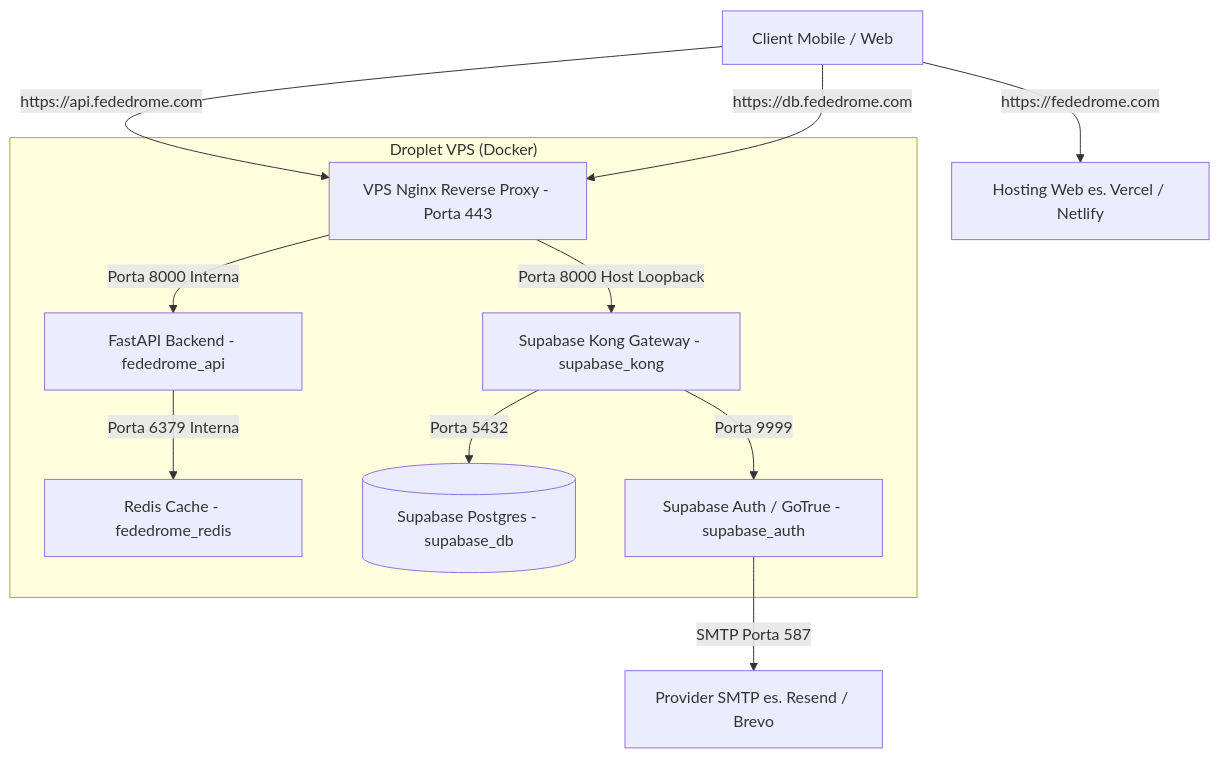
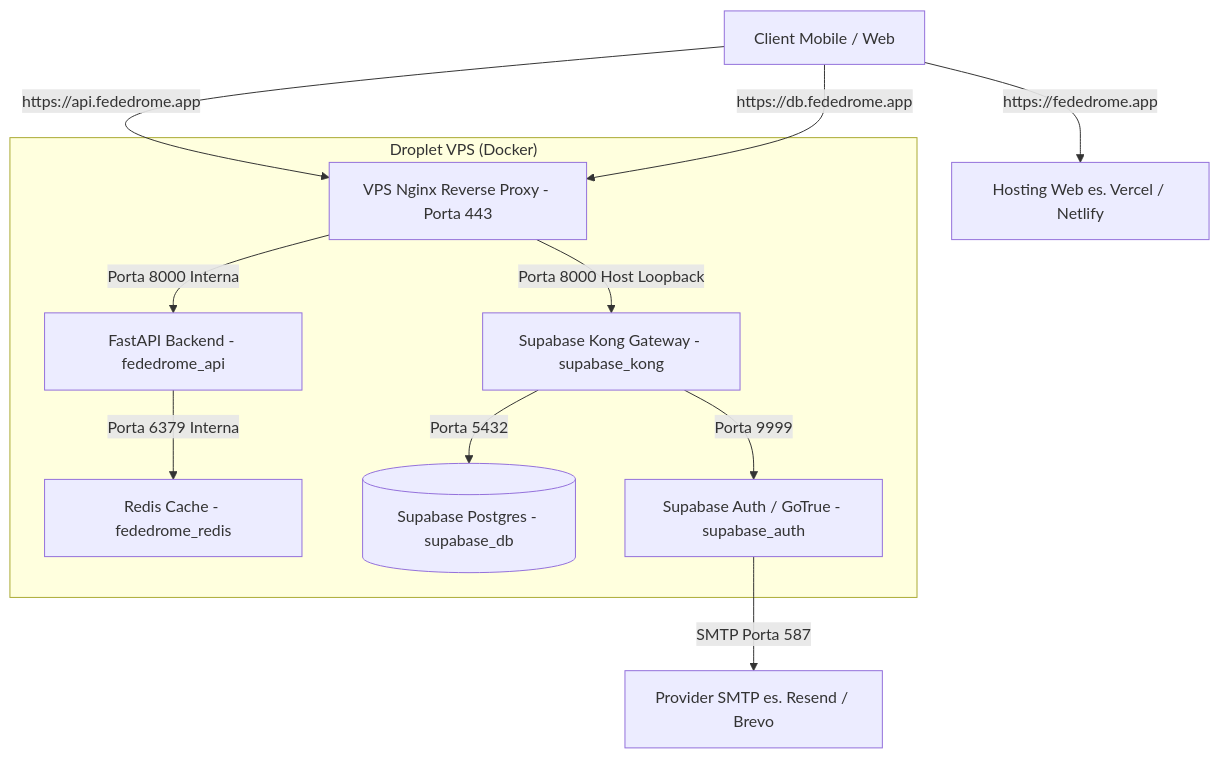
One commit to SteMotta/Fededrome-backend changed the diagram in deploy.md. Above: the diagram before and after it, drawn with Mermaid. The commit also changed other lines of this file and 4 other files, not shown here.

````diff
--- a/deploy.md
+++ b/deploy.md
@@ -11,16 +11,16 @@
 ```mermaid
 graph TD
-    Client[Client Mobile / Web] -->|https://fededrome.com| Frontend[Hosting Web es. Vercel / Netlify]
-    Client -->|https://api.fededrome.com| Nginx[VPS Nginx Reverse Proxy - Porta 443]
-    Client -->|https://db.fededrome.com| Nginx
+    Client[Client Mobile / Web] -->|https://fededrome.app| Frontend[Hosting Web es. Vercel / Netlify]
+    Client -->|https://api.fededrome.app| Nginx[VPS Nginx Reverse Proxy - Porta 443]
+    Client -->|https://db.fededrome.app| Nginx
     
     subgraph VPS ["Droplet VPS (Docker)"]
         Nginx -->|Porta 8000 Interna| FastAPI[FastAPI Backend - fededrome_api]
         Nginx -->|Porta 8000 Host Loopback| Kong[Supabase Kong Gateway - supabase_kong]
         FastAPI -->|Porta 6379 Interna| Redis[Redis Cache - fededrome_redis]
         Kong -->|Porta 5432| DB[(Supabase Postgres - supabase_db)]
         Kong -->|Porta 9999| Auth[Supabase Auth / GoTrue - supabase_auth]
     end
     
     Auth -->|SMTP Porta 587| SMTP[Provider SMTP es. Resend / Brevo]
 ```
````
